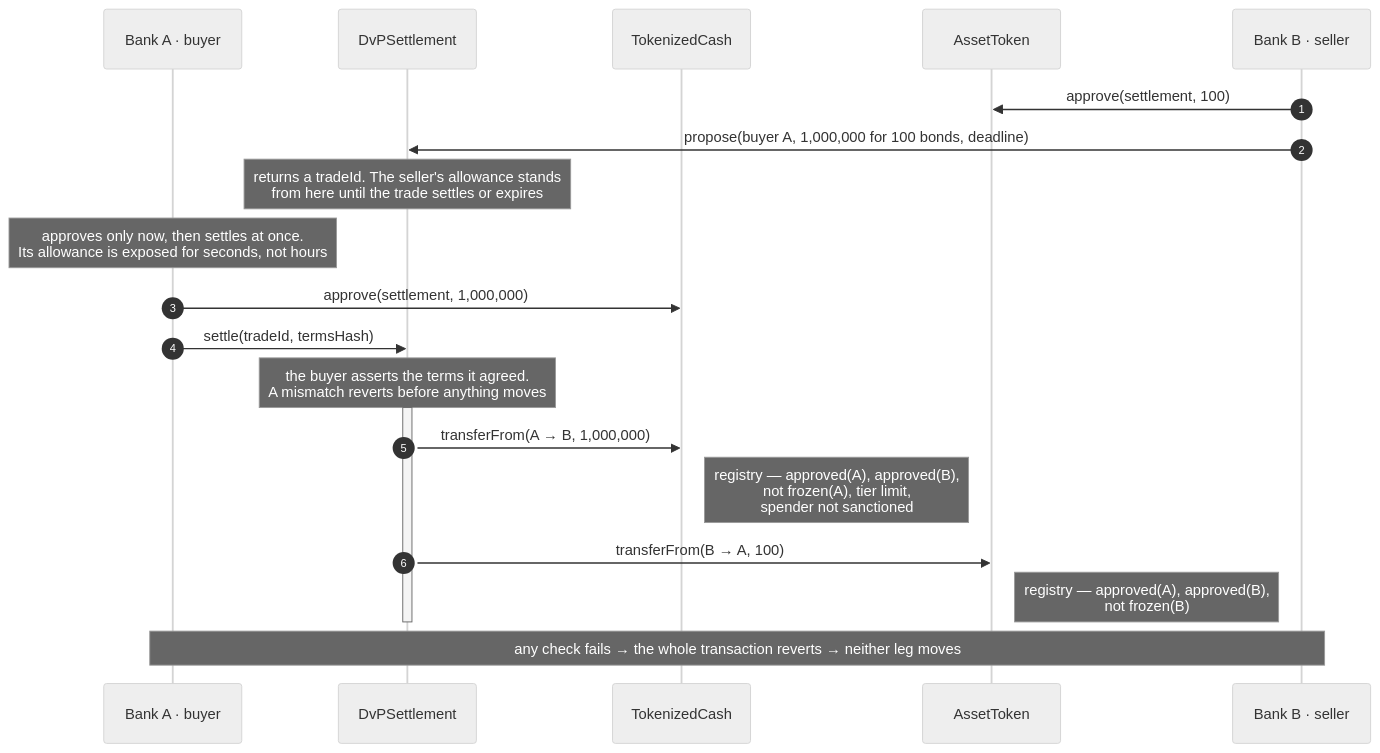
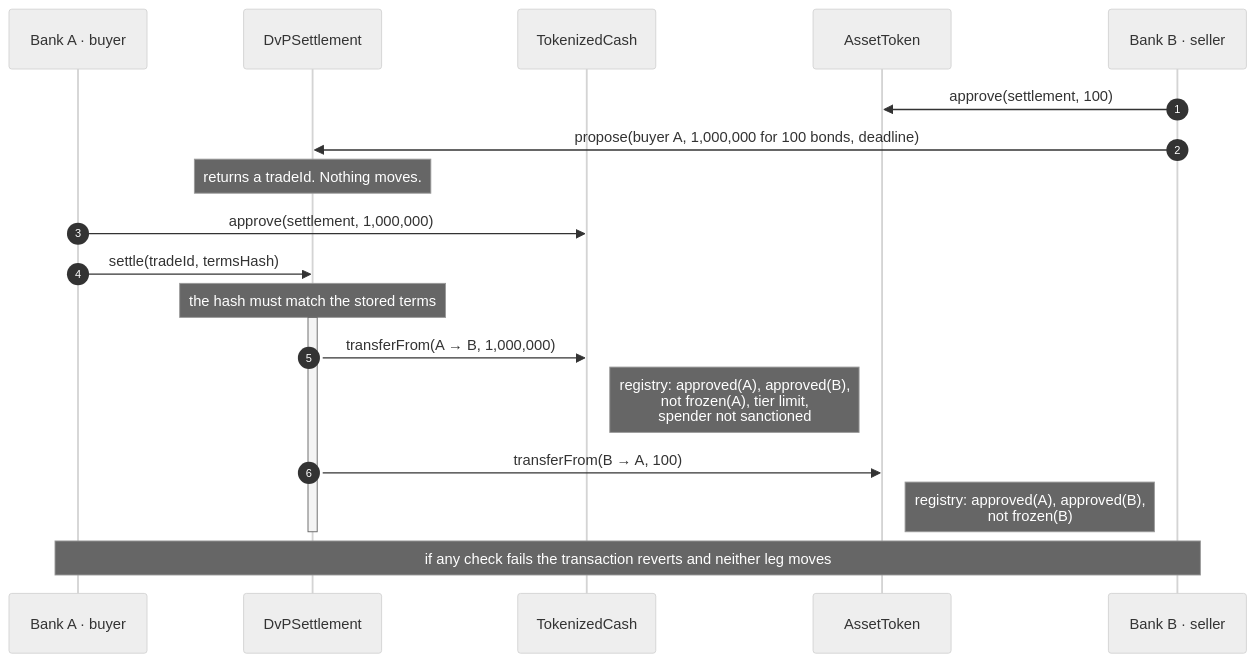
One commit to jaravan/atomic-settlement changed the diagram in README.md. Above: the diagram before and after it, drawn with Mermaid (neutral theme). The commit also changed other lines of this file and 8 other files, not shown here.

````diff
--- a/README.md
+++ b/README.md
@@ -56,24 +47,23 @@
 ```mermaid
 sequenceDiagram
     autonumber
     participant A as Bank A · buyer
     participant S as DvPSettlement
     participant C as TokenizedCash
     participant T as AssetToken
     participant B as Bank B · seller
 
     B->>T: approve(settlement, 100)
     B->>S: propose(buyer A, 1,000,000 for 100 bonds, deadline)
-    Note over S: returns a tradeId. The seller's allowance stands<br/>from here until the trade settles or expires
-    Note over A: approves only now, then settles at once.<br/>Its allowance is exposed for seconds, not hours
+    Note over S: returns a tradeId. Nothing moves.
     A->>C: approve(settlement, 1,000,000)
     A->>S: settle(tradeId, termsHash)
-    Note over S: the buyer asserts the terms it agreed.<br/>A mismatch reverts before anything moves
+    Note over S: the hash must match the stored terms
     activate S
     S->>C: transferFrom(A → B, 1,000,000)
-    Note right of C: registry — approved(A), approved(B),<br/>not frozen(A), tier limit,<br/>spender not sanctioned
+    Note right of C: registry: approved(A), approved(B),<br/>not frozen(A), tier limit,<br/>spender not sanctioned
     S->>T: transferFrom(B → A, 100)
-    Note right of T: registry — approved(A), approved(B),<br/>not frozen(B)
+    Note right of T: registry: approved(A), approved(B),<br/>not frozen(B)
     deactivate S
-    Note over A,B: any check fails → the whole transaction reverts → neither leg moves
+    Note over A,B: if any check fails the transaction reverts and neither leg moves
 ```
````
